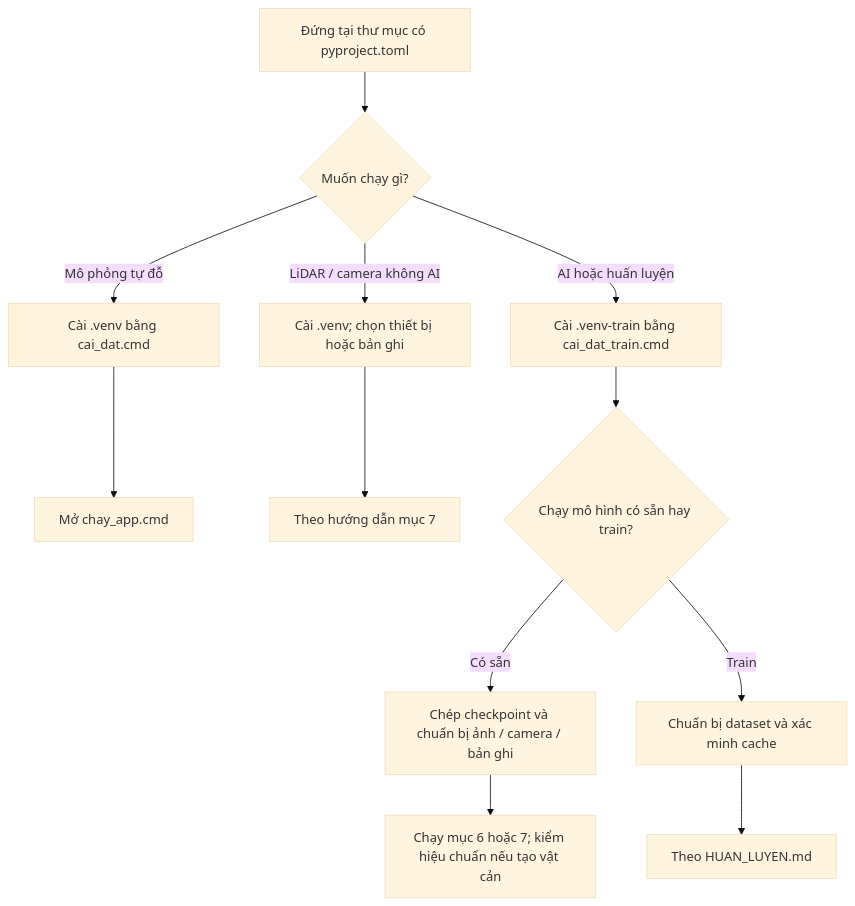
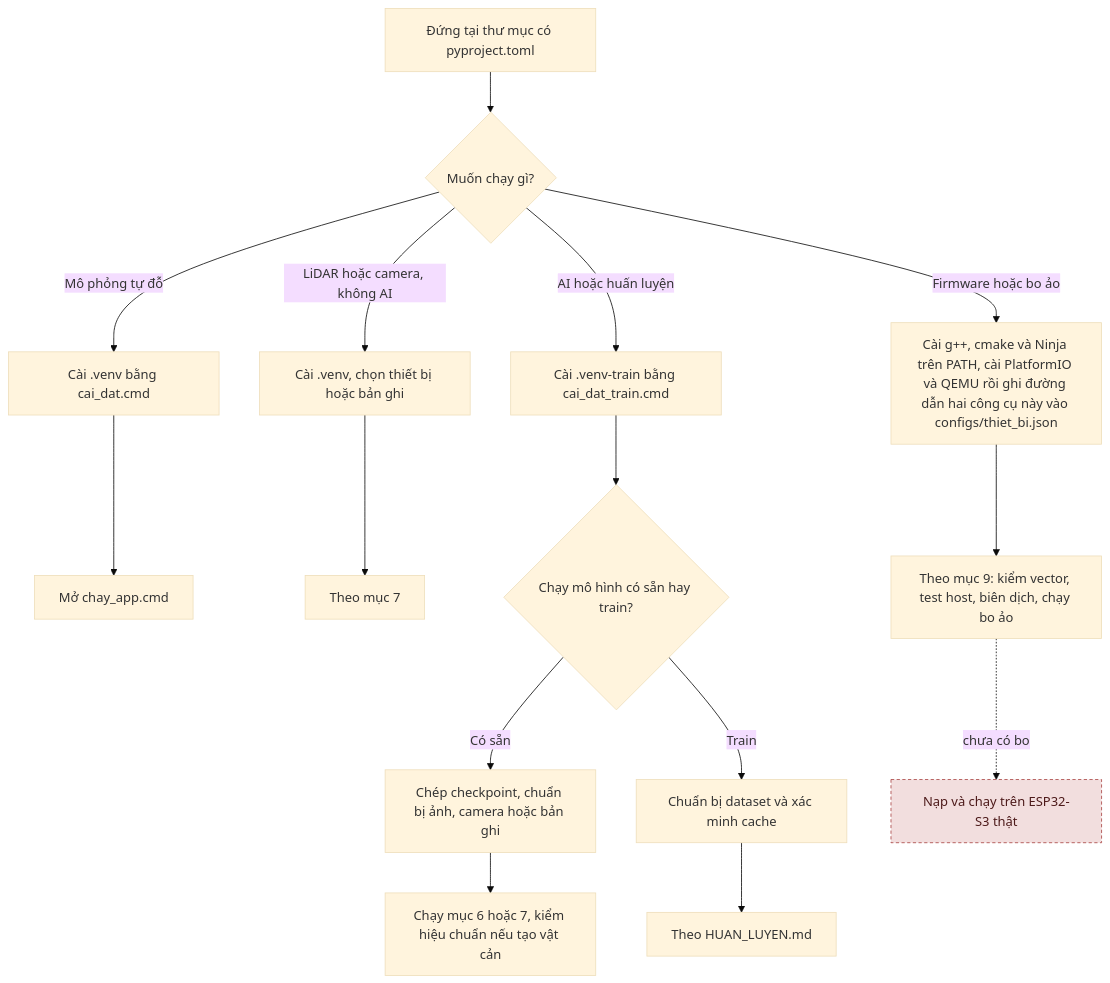
One commit to thbn12082/autopark changed the first of 3 diagrams in autopark/README.md. Above: the diagram before and after it, drawn with Mermaid (base theme). The commit also changed other lines of this file and 55 other files, not shown here.

````diff
--- a/autopark/README.md
+++ b/autopark/README.md
@@ -35,14 +41,21 @@
 ```mermaid
 flowchart TD
     A["Đứng tại thư mục có pyproject.toml"] --> B{"Muốn chạy gì?"}
     B -->|Mô phỏng tự đỗ| C["Cài .venv bằng cai_dat.cmd"]
     C --> D["Mở chay_app.cmd"]
-    B -->|LiDAR / camera không AI| E["Cài .venv; chọn thiết bị hoặc bản ghi"]
-    E --> F["Theo hướng dẫn mục 7"]
+    B -->|LiDAR hoặc camera, không AI| E["Cài .venv, chọn thiết bị hoặc bản ghi"]
+    E --> F["Theo mục 7"]
     B -->|AI hoặc huấn luyện| G["Cài .venv-train bằng cai_dat_train.cmd"]
     G --> H{"Chạy mô hình có sẵn hay train?"}
-    H -->|Có sẵn| I["Chép checkpoint và chuẩn bị ảnh / camera / bản ghi"]
+    H -->|Có sẵn| I["Chép checkpoint, chuẩn bị ảnh, camera hoặc bản ghi"]
     H -->|Train| J["Chuẩn bị dataset và xác minh cache"]
-    I --> K["Chạy mục 6 hoặc 7; kiểm hiệu chuẩn nếu tạo vật cản"]
+    I --> K["Chạy mục 6 hoặc 7, kiểm hiệu chuẩn nếu tạo vật cản"]
     J --> L["Theo HUAN_LUYEN.md"]
+    B -->|Firmware hoặc bo ảo| M["Cài g++, cmake và Ninja trên PATH, cài PlatformIO và QEMU rồi ghi đường dẫn hai công cụ này vào configs/thiet_bi.json"]
+    M --> N["Theo mục 9: kiểm vector, test host, biên dịch, chạy bo ảo"]
+    N -.->|chưa có bo| O["Nạp và chạy trên ESP32-S3 thật"]
+    classDef daco fill:#dff0d8,stroke:#3c763d,color:#1b3a1b
+    classDef giaLap fill:#fcf8e3,stroke:#8a6d3b,color:#4d3b12
+    classDef chuaLam fill:#f2dede,stroke:#a94442,color:#4d1a1a,stroke-dasharray: 4 3
+    class O chuaLam
 ```
````
